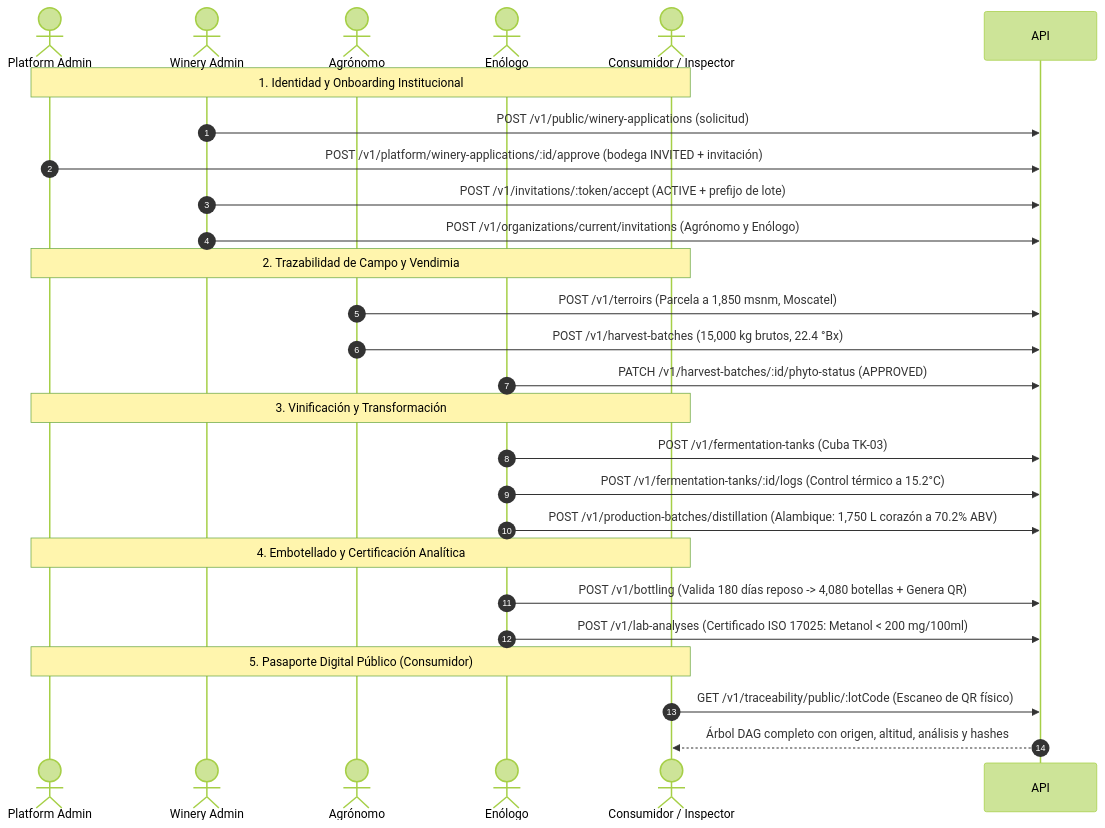
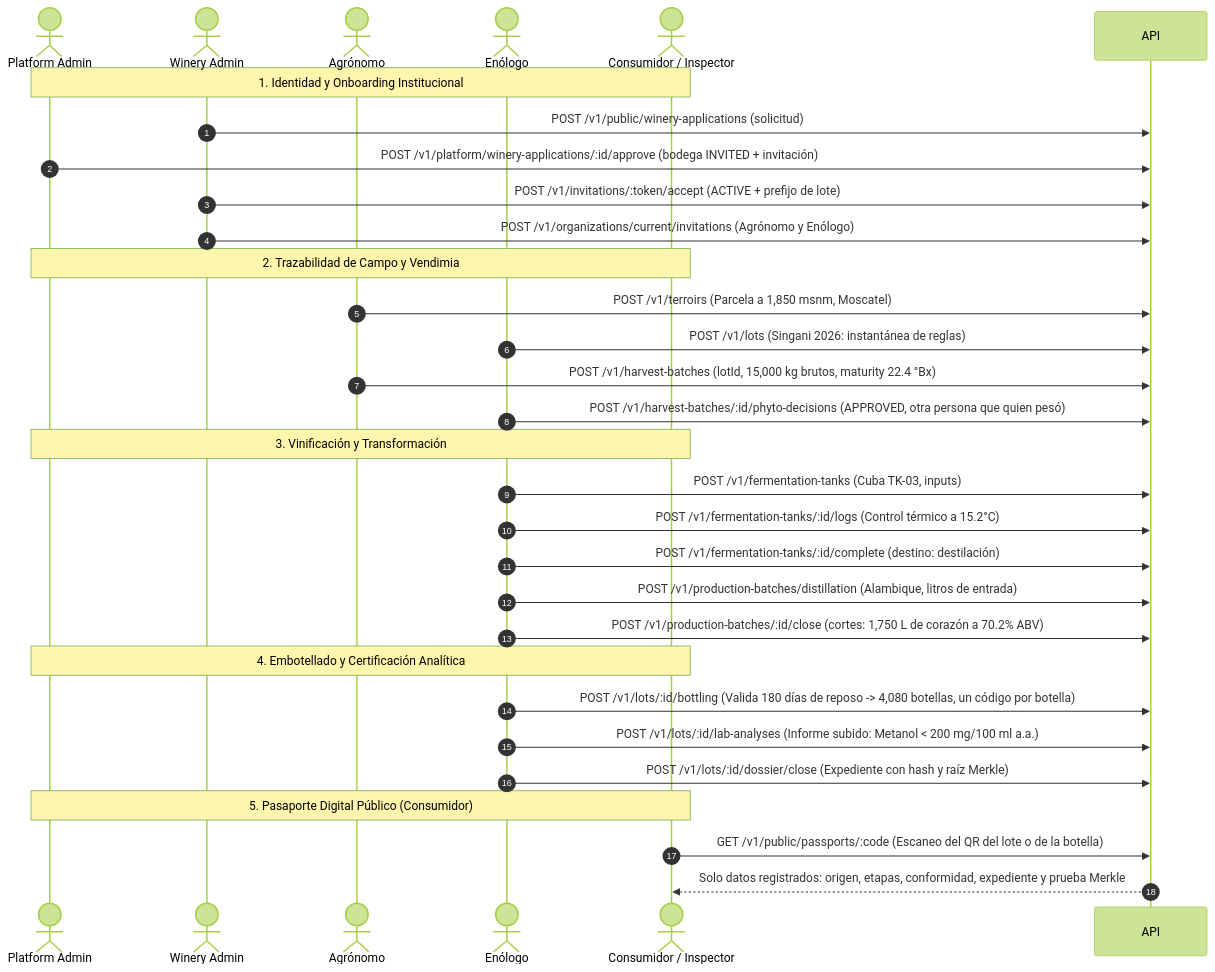
One commit to drinks-on-chain/drinks-on-chain-back changed the third of 3 diagrams in README.md. Above: the diagram before and after it, drawn with Mermaid (forest theme). The commit also changed other lines of this file and 6 other files, not shown here.

````diff
--- a/README.md
+++ b/README.md
@@ -380,33 +382,37 @@
 ```mermaid
 sequenceDiagram
     autonumber
     actor Admin as Platform Admin
     actor Bodega as Winery Admin
     actor Agro as Agrónomo
     actor Enol as Enólogo
     actor Consumidor as Consumidor / Inspector
 
     Note over Admin,Consumidor: 1. Identidad y Onboarding Institucional
     Bodega->>API: POST /v1/public/winery-applications (solicitud)
     Admin->>API: POST /v1/platform/winery-applications/:id/approve (bodega INVITED + invitación)
     Bodega->>API: POST /v1/invitations/:token/accept (ACTIVE + prefijo de lote)
     Bodega->>API: POST /v1/organizations/current/invitations (Agrónomo y Enólogo)
 
     Note over Admin,Consumidor: 2. Trazabilidad de Campo y Vendimia
     Agro->>API: POST /v1/terroirs (Parcela a 1,850 msnm, Moscatel)
-    Agro->>API: POST /v1/harvest-batches (15,000 kg brutos, 22.4 °Bx)
-    Enol->>API: PATCH /v1/harvest-batches/:id/phyto-status (APPROVED)
+    Enol->>API: POST /v1/lots (Singani 2026: instantánea de reglas)
+    Agro->>API: POST /v1/harvest-batches (lotId, 15,000 kg brutos, maturity 22.4 °Bx)
+    Enol->>API: POST /v1/harvest-batches/:id/phyto-decisions (APPROVED, otra persona que quien pesó)
 
     Note over Admin,Consumidor: 3. Vinificación y Transformación
-    Enol->>API: POST /v1/fermentation-tanks (Cuba TK-03)
+    Enol->>API: POST /v1/fermentation-tanks (Cuba TK-03, inputs)
     Enol->>API: POST /v1/fermentation-tanks/:id/logs (Control térmico a 15.2°C)
-    Enol->>API: POST /v1/production-batches/distillation (Alambique: 1,750 L corazón a 70.2% ABV)
+    Enol->>API: POST /v1/fermentation-tanks/:id/complete (destino: destilación)
+    Enol->>API: POST /v1/production-batches/distillation (Alambique, litros de entrada)
+    Enol->>API: POST /v1/production-batches/:id/close (cortes: 1,750 L de corazón a 70.2% ABV)
 
     Note over Admin,Consumidor: 4. Embotellado y Certificación Analítica
-    Enol->>API: POST /v1/bottling (Valida 180 días reposo -> 4,080 botellas + Genera QR)
-    Enol->>API: POST /v1/lab-analyses (Certificado ISO 17025: Metanol < 200 mg/100ml)
+    Enol->>API: POST /v1/lots/:id/bottling (Valida 180 días de reposo -> 4,080 botellas, un código por botella)
+    Enol->>API: POST /v1/lots/:id/lab-analyses (Informe subido: Metanol < 200 mg/100 ml a.a.)
+    Enol->>API: POST /v1/lots/:id/dossier/close (Expediente con hash y raíz Merkle)
 
     Note over Admin,Consumidor: 5. Pasaporte Digital Público (Consumidor)
-    Consumidor->>API: GET /v1/traceability/public/:lotCode (Escaneo de QR físico)
-    API-->>Consumidor: Árbol DAG completo con origen, altitud, análisis y hashes
+    Consumidor->>API: GET /v1/public/passports/:code (Escaneo del QR del lote o de la botella)
+    API-->>Consumidor: Solo datos registrados: origen, etapas, conformidad, expediente y prueba Merkle
 ```
````
